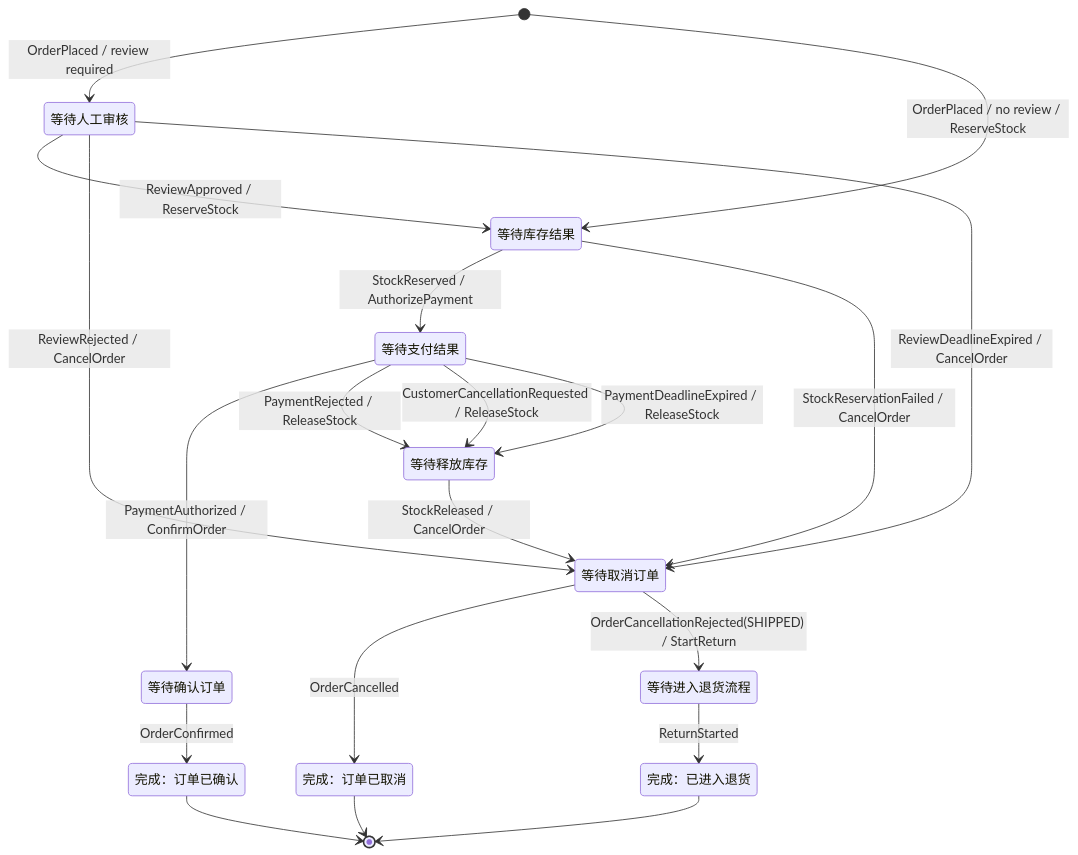
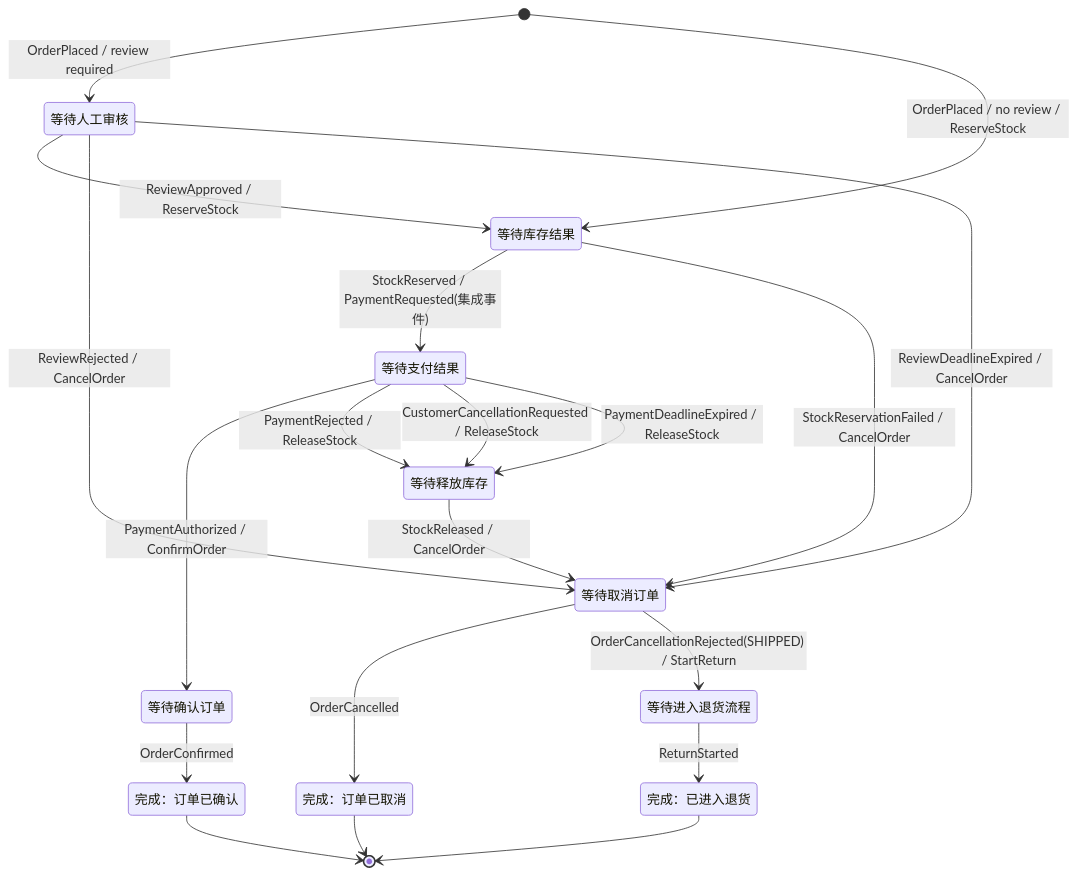
The eighth of 9 diagrams in docs/design/design-00004-durable-process-manager-runtime.md (ryan-alexander-zhang/ai-native-project-template), drawn with Mermaid before and after one commit. The commit also changed other lines of this file and 4 other files, not shown here.

````diff
--- a/docs/design/design-00004-durable-process-manager-runtime.md
+++ b/docs/design/design-00004-durable-process-manager-runtime.md
@@ -1155,38 +1279,38 @@
 ```mermaid
 stateDiagram-v2
   state "等待人工审核" as AwaitingReview
   state "等待库存结果" as AwaitingStock
   state "等待支付结果" as AwaitingPayment
   state "等待释放库存" as AwaitingStockRelease
   state "等待确认订单" as AwaitingOrderConfirmation
   state "等待取消订单" as AwaitingOrderCancellation
   state "等待进入退货流程" as AwaitingReturn
   state "完成：订单已确认" as CompletedConfirmed
   state "完成：订单已取消" as CompletedCancelled
   state "完成：已进入退货" as CompletedReturn
 
   [*] --> AwaitingReview: OrderPlaced / review required
   [*] --> AwaitingStock: OrderPlaced / no review / ReserveStock
 
   AwaitingReview --> AwaitingStock: ReviewApproved / ReserveStock
   AwaitingReview --> AwaitingOrderCancellation: ReviewRejected / CancelOrder
   AwaitingReview --> AwaitingOrderCancellation: ReviewDeadlineExpired / CancelOrder
 
-  AwaitingStock --> AwaitingPayment: StockReserved / AuthorizePayment
+  AwaitingStock --> AwaitingPayment: StockReserved / PaymentRequested(集成事件)
   AwaitingStock --> AwaitingOrderCancellation: StockReservationFailed / CancelOrder
 
   AwaitingPayment --> AwaitingOrderConfirmation: PaymentAuthorized / ConfirmOrder
   AwaitingPayment --> AwaitingStockRelease: PaymentRejected / ReleaseStock
   AwaitingPayment --> AwaitingStockRelease: CustomerCancellationRequested / ReleaseStock
   AwaitingPayment --> AwaitingStockRelease: PaymentDeadlineExpired / ReleaseStock
 
   AwaitingStockRelease --> AwaitingOrderCancellation: StockReleased / CancelOrder
   AwaitingOrderConfirmation --> CompletedConfirmed: OrderConfirmed
   AwaitingOrderCancellation --> CompletedCancelled: OrderCancelled
   AwaitingOrderCancellation --> AwaitingReturn: OrderCancellationRejected(SHIPPED) / StartReturn
   AwaitingReturn --> CompletedReturn: ReturnStarted
 
   CompletedConfirmed --> [*]
   CompletedCancelled --> [*]
   CompletedReturn --> [*]
 ```
````
